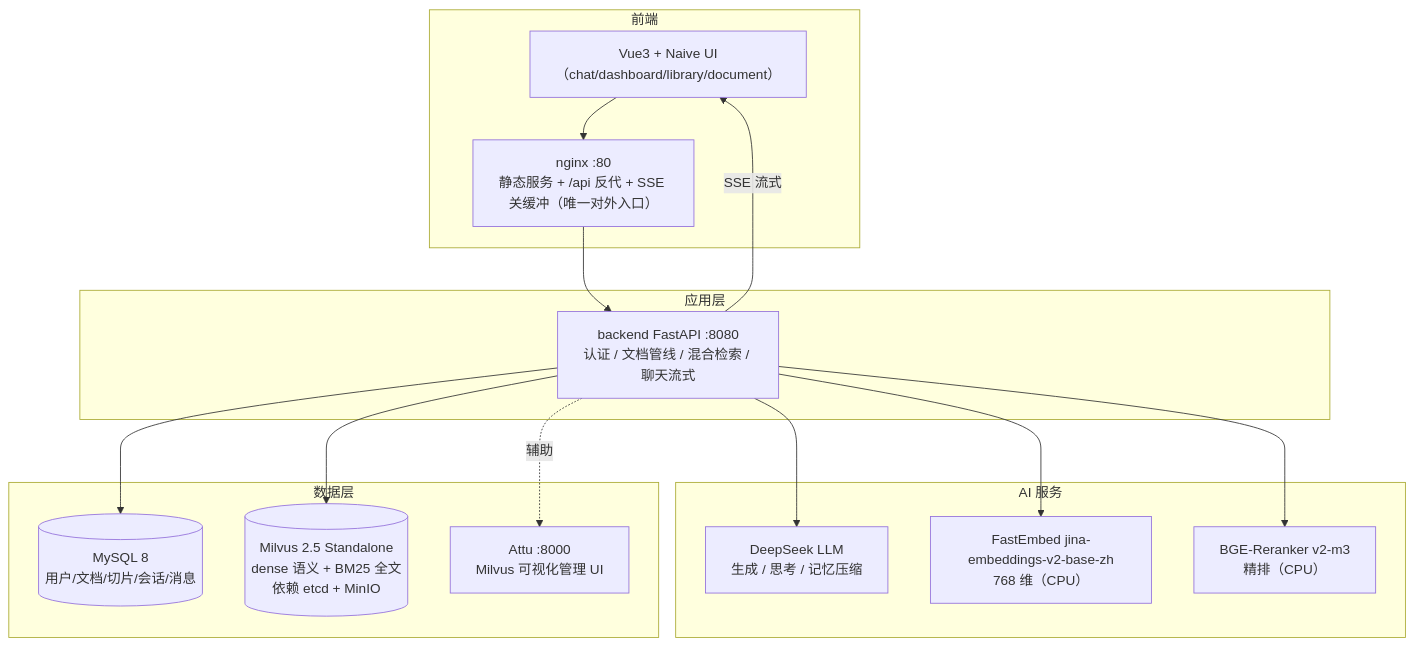
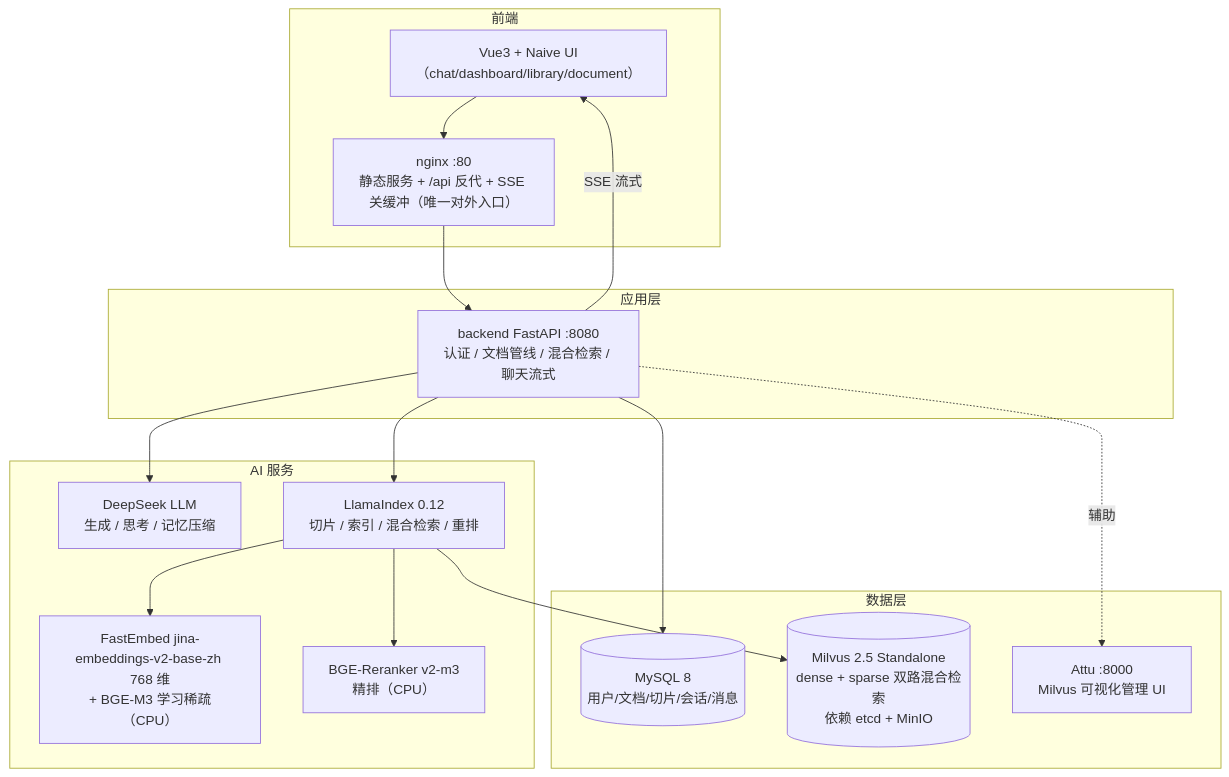
The diagram in README.md (zhanggy1984/good-question), drawn with Mermaid before and after one commit. The commit also changed other lines of this file and 25 other files, not shown here.

First line of the commit message:
feat: RAG 检索层迁移 LlamaIndex（一期）+ 未命中防幻觉兜底

````diff
--- a/README.md
+++ b/README.md
@@ -131,30 +132,32 @@
 ```mermaid
 graph TB
     subgraph 前端
         WEB["Vue3 + Naive UI<br/>（chat/dashboard/library/document）"]
         NGINX["nginx :80<br/>静态服务 + /api 反代 + SSE 关缓冲（唯一对外入口）"]
     end
     subgraph 应用层
         API["backend FastAPI :8080<br/>认证 / 文档管线 / 混合检索 / 聊天流式"]
     end
     subgraph AI 服务
         DS["DeepSeek LLM<br/>生成 / 思考 / 记忆压缩"]
-        EMBED["FastEmbed jina-embeddings-v2-base-zh<br/>768 维（CPU）"]
+        LLAMAIX["LlamaIndex 0.12<br/>切片 / 索引 / 混合检索 / 重排"]
+        EMBED["FastEmbed jina-embeddings-v2-base-zh 768 维<br/>+ BGE-M3 学习稀疏（CPU）"]
         RERANK["BGE-Reranker v2-m3<br/>精排（CPU）"]
     end
     subgraph 数据层
         MYSQL[(MySQL 8<br/>用户/文档/切片/会话/消息)]
-        MILVUS[(Milvus 2.5 Standalone<br/>dense 语义 + BM25 全文<br/>依赖 etcd + MinIO)]
+        MILVUS[(Milvus 2.5 Standalone<br/>dense + sparse 双路混合检索<br/>依赖 etcd + MinIO)]
         ATTU["Attu :8000<br/>Milvus 可视化管理 UI"]
     end
 
     WEB --> NGINX
     NGINX --> API
     API -- SSE 流式 --> WEB
     API --> MYSQL
-    API --> MILVUS
+    API --> LLAMAIX
+    LLAMAIX --> MILVUS
+    LLAMAIX --> EMBED
+    LLAMAIX --> RERANK
     API --> DS
-    API --> EMBED
-    API --> RERANK
     API -.辅助.-> ATTU
 ```
````
